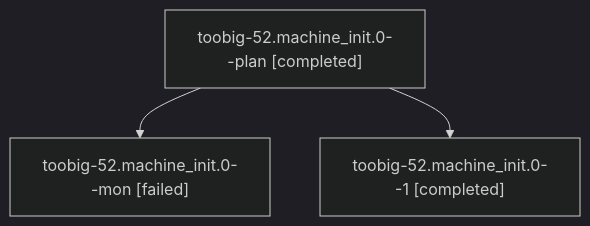
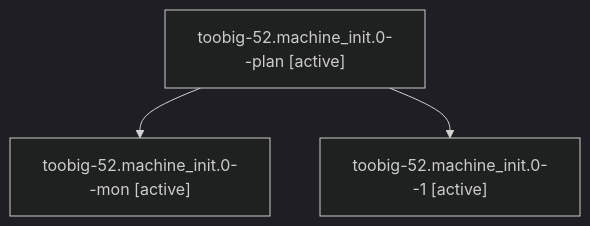
One commit to sase-org/sase--agents changed the diagram in families/bbugyi200.athena.toobig-52.machine_init.0.md. Above: the diagram before and after it, drawn with Mermaid (dark theme). The commit also changed other lines of this file and 35830 other files, not shown here.

````diff
--- a/families/bbugyi200.athena.toobig-52.machine_init.0.md
+++ b/families/bbugyi200.athena.toobig-52.machine_init.0.md
@@ -9,8 +9,8 @@
 ```mermaid
 flowchart TD
-  n0["toobig-52.machine_init.0--plan [completed]"]
-  n1["toobig-52.machine_init.0--mon [failed]"]
+  n0["toobig-52.machine_init.0--plan [active]"]
+  n1["toobig-52.machine_init.0--mon [active]"]
   n0 --> n1
-  n2["toobig-52.machine_init.0--1 [completed]"]
+  n2["toobig-52.machine_init.0--1 [active]"]
   n0 --> n2
 ```
````
